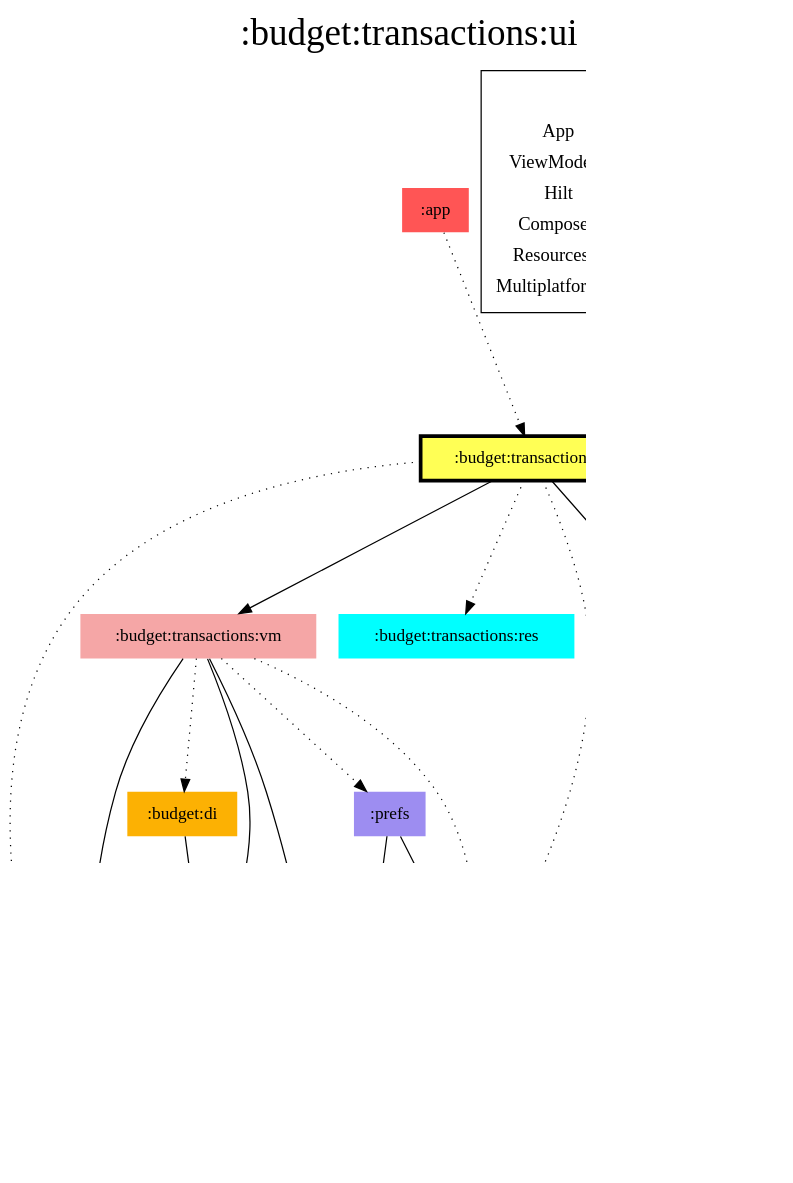
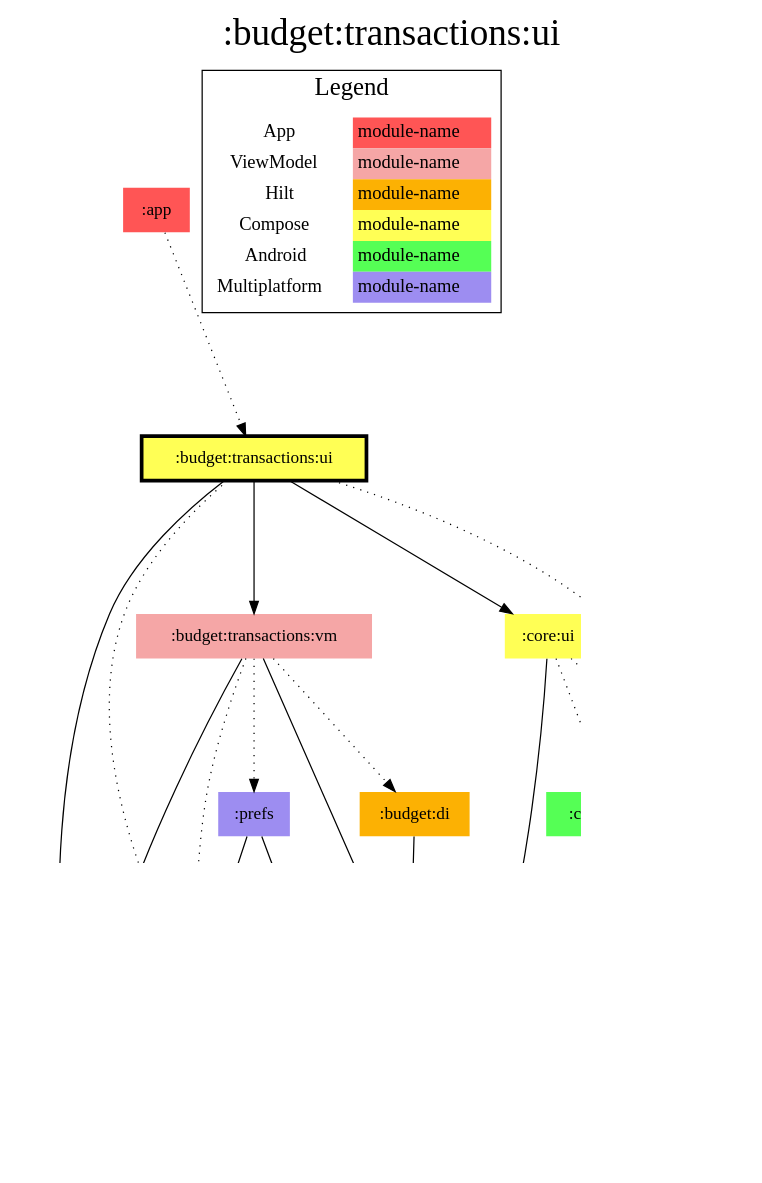
One commit to jonapoul/aktual changed the diagram in modules/budget/transactions/ui/modules.dot. Above: the diagram before and after it, drawn with Graphviz. The commit also changed 196 other files, not shown here.

```diff
--- a/modules/budget/transactions/ui/modules.dot
+++ b/modules/budget/transactions/ui/modules.dot
@@ -1,56 +1,55 @@
 digraph {
 edge ["dir"="forward"]
 graph ["dpi"="100","label"=":budget:transactions:ui","labelloc"="t","fontsize"="30","ranksep"="1.5","rankdir"="TB"]
 node ["style"="filled"]
 ":account:model" ["fillcolor"="#9D8DF1","shape"="none"]
 ":app" ["fillcolor"="#FF5555","shape"="none"]
 ":budget:data" ["fillcolor"="#9D8DF1","shape"="none"]
 ":budget:di" ["fillcolor"="#FCB103","shape"="none"]
 ":budget:model" ["fillcolor"="#9D8DF1","shape"="none"]
-":budget:transactions:res" ["fillcolor"="#00FFFF","shape"="none"]
 ":budget:transactions:ui" ["fillcolor"="#FFFF55","color"="black","penwidth"="3","shape"="box"]
 ":budget:transactions:vm" ["fillcolor"="#F5A6A6","shape"="none"]
+":core:android" ["fillcolor"="#55FF55","shape"="none"]
 ":core:model" ["fillcolor"="#9D8DF1","shape"="none"]
-":core:res" ["fillcolor"="#00FFFF","shape"="none"]
 ":core:ui" ["fillcolor"="#FFFF55","shape"="none"]
+":l10n" ["fillcolor"="#9D8DF1","shape"="none"]
 ":prefs" ["fillcolor"="#9D8DF1","shape"="none"]
 {
 edge ["dir"="none"]
 graph ["rank"="same"]
 ":budget:transactions:ui"
 }
 ":app" -> ":budget:transactions:ui" ["style"="dotted"]
 ":budget:data" -> ":budget:model"
 ":budget:data" -> ":core:model"
 ":budget:di" -> ":budget:data"
 ":budget:transactions:ui" -> ":account:model" ["style"="dotted"]
-":budget:transactions:ui" -> ":budget:model" ["style"="dotted"]
-":budget:transactions:ui" -> ":budget:transactions:res" ["style"="dotted"]
+":budget:transactions:ui" -> ":budget:model"
 ":budget:transactions:ui" -> ":budget:transactions:vm"
-":budget:transactions:ui" -> ":core:res" ["style"="dotted"]
 ":budget:transactions:ui" -> ":core:ui"
+":budget:transactions:ui" -> ":l10n" ["style"="dotted"]
 ":budget:transactions:vm" -> ":account:model" ["style"="dotted"]
 ":budget:transactions:vm" -> ":budget:data"
 ":budget:transactions:vm" -> ":budget:di" ["style"="dotted"]
 ":budget:transactions:vm" -> ":budget:model"
-":budget:transactions:vm" -> ":core:model"
 ":budget:transactions:vm" -> ":prefs" ["style"="dotted"]
+":core:ui" -> ":core:android" ["style"="dotted"]
 ":core:ui" -> ":core:model"
-":core:ui" -> ":core:res" ["style"="dotted"]
+":core:ui" -> ":l10n" ["style"="dotted"]
 ":prefs" -> ":account:model"
 ":prefs" -> ":core:model"
 subgraph "cluster_legend" {
 edge ["dir"="none"]
 graph ["label"="Legend","fontsize"="20"]
 "Legend" ["style"="filled","fillcolor"="#FFFFFF","shape"="none","margin"="0","fontsize"="15","label"=<
 <TABLE BORDER="0" CELLBORDER="0" CELLSPACING="0" CELLPADDING="4">
 <TR><TD>App</TD><TD BGCOLOR="#FF5555">module-name</TD></TR>
 <TR><TD>ViewModel</TD><TD BGCOLOR="#F5A6A6">module-name</TD></TR>
 <TR><TD>Hilt</TD><TD BGCOLOR="#FCB103">module-name</TD></TR>
 <TR><TD>Compose</TD><TD BGCOLOR="#FFFF55">module-name</TD></TR>
-<TR><TD>Resources</TD><TD BGCOLOR="#00FFFF">module-name</TD></TR>
+<TR><TD>Android</TD><TD BGCOLOR="#55FF55">module-name</TD></TR>
 <TR><TD>Multiplatform</TD><TD BGCOLOR="#9D8DF1">module-name</TD></TR>
 </TABLE>
 >]
 } -> ":budget:transactions:ui" ["style"="invis"]
 }
```
